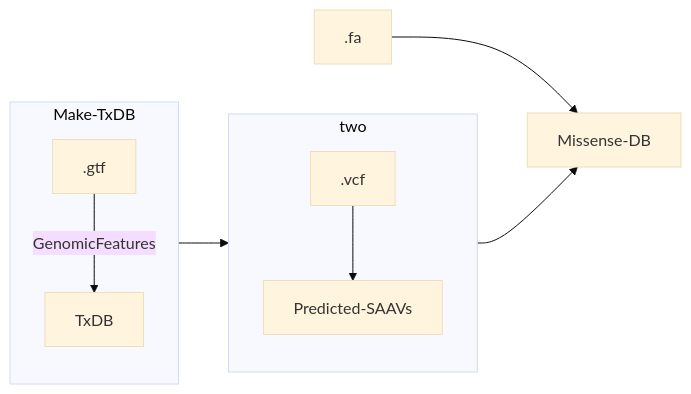
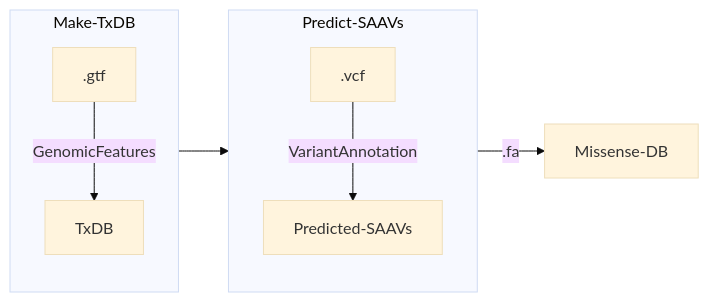
The diagram in README.md (hdesai17/chemoproteogenomics), drawn with Mermaid (base theme) before and after one commit.

````diff
--- a/README.md
+++ b/README.md
@@ -19,13 +19,13 @@
 ```mermaid
 flowchart LR;
    subgraph Make-TxDB
    .gtf-->|GenomicFeatures|TxDB
    end
-   subgraph two
-   .vcf-->Predicted-SAAVs
+   subgraph Predict-SAAVs
+   .vcf-->|VariantAnnotation|Predicted-SAAVs
    end
-   Make-TxDB-->two
-   two-->Missense-DB;
-   .fa-->Missense-DB;
+   Make-TxDB-->Predict-SAAVs
+   Predict-SAAVs-->|.fa|Missense-DB;
+ 
 
 ```
````
